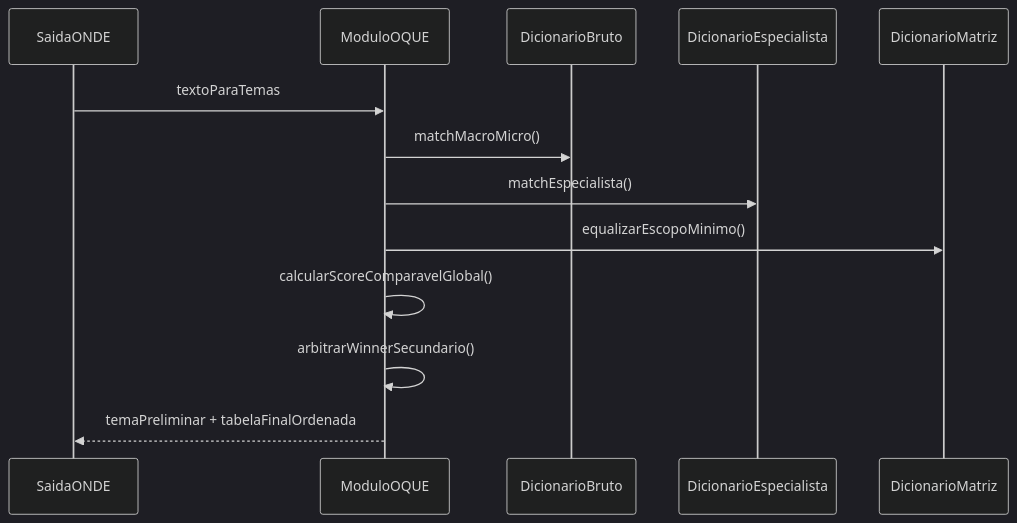
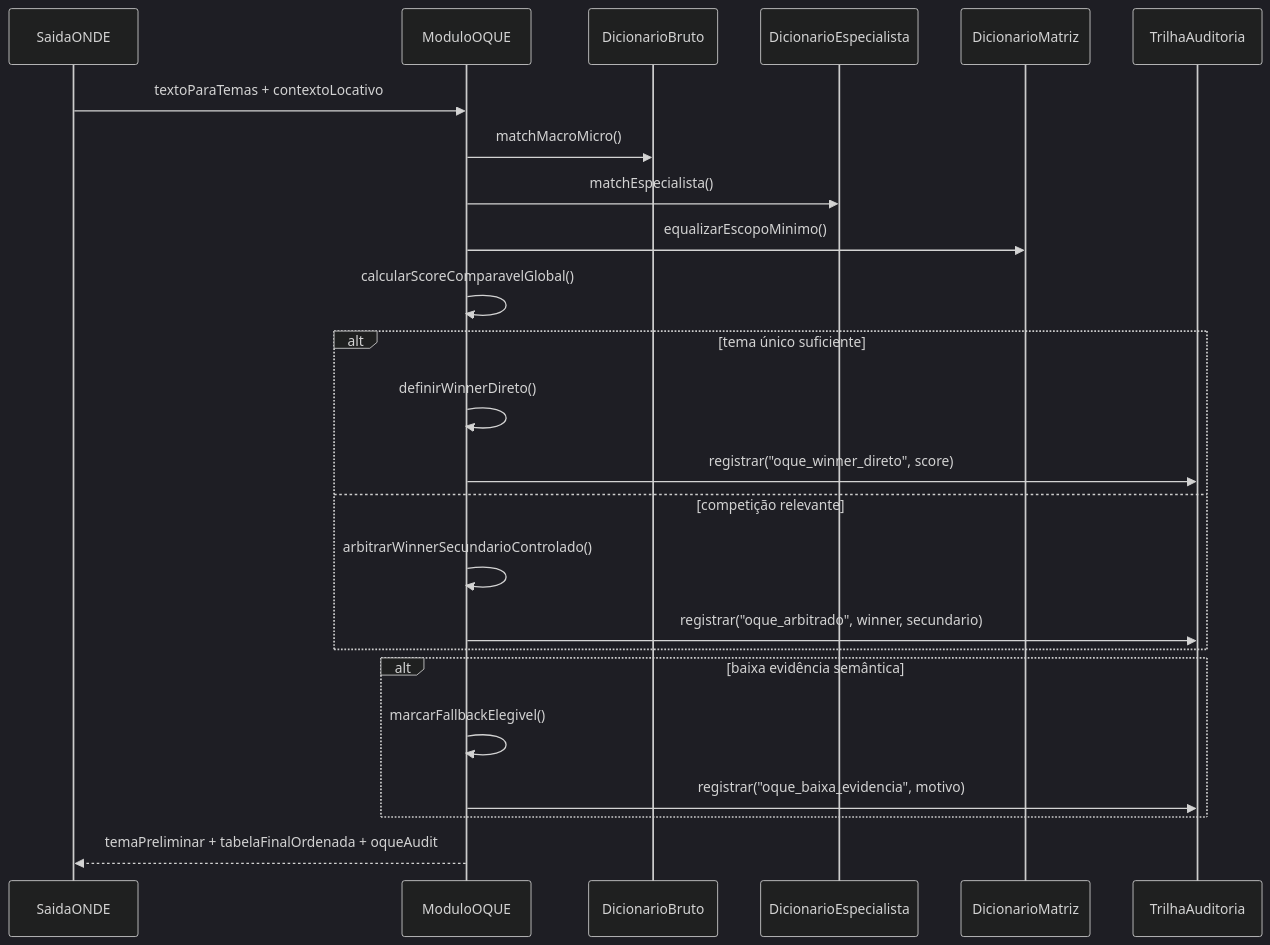
Before and after one commit to HeltonBr/TDE-Git: the diagram in apendice_tecnico/diagramas/M4_sequencia_oque.mmd, drawn with Mermaid (dark theme). The commit also changed 5 other files, not shown here.

Commit message:
docs: padronizar DT-02/03/04/06 com trilha de decisão e auditoria

```diff
--- a/apendice_tecnico/diagramas/M4_sequencia_oque.mmd
+++ b/apendice_tecnico/diagramas/M4_sequencia_oque.mmd
@@ -1,13 +1,28 @@
 sequenceDiagram
     participant ON as SaidaONDE
     participant OQ as ModuloOQUE
     participant DB as DicionarioBruto
     participant DE as DicionarioEspecialista
     participant DM as DicionarioMatriz
-    ON->>OQ: textoParaTemas
+    participant AUD as TrilhaAuditoria
+
+    ON->>OQ: textoParaTemas + contextoLocativo
     OQ->>DB: matchMacroMicro()
     OQ->>DE: matchEspecialista()
     OQ->>DM: equalizarEscopoMinimo()
     OQ->>OQ: calcularScoreComparavelGlobal()
-    OQ->>OQ: arbitrarWinnerSecundario()
-    OQ-->>ON: temaPreliminar + tabelaFinalOrdenada
+
+    alt tema único suficiente
+      OQ->>OQ: definirWinnerDireto()
+      OQ->>AUD: registrar("oque_winner_direto", score)
+    else competição relevante
+      OQ->>OQ: arbitrarWinnerSecundarioControlado()
+      OQ->>AUD: registrar("oque_arbitrado", winner, secundario)
+    end
+
+    alt baixa evidência semântica
+      OQ->>OQ: marcarFallbackElegivel()
+      OQ->>AUD: registrar("oque_baixa_evidencia", motivo)
+    end
+
+    OQ-->>ON: temaPreliminar + tabelaFinalOrdenada + oqueAudit
```
